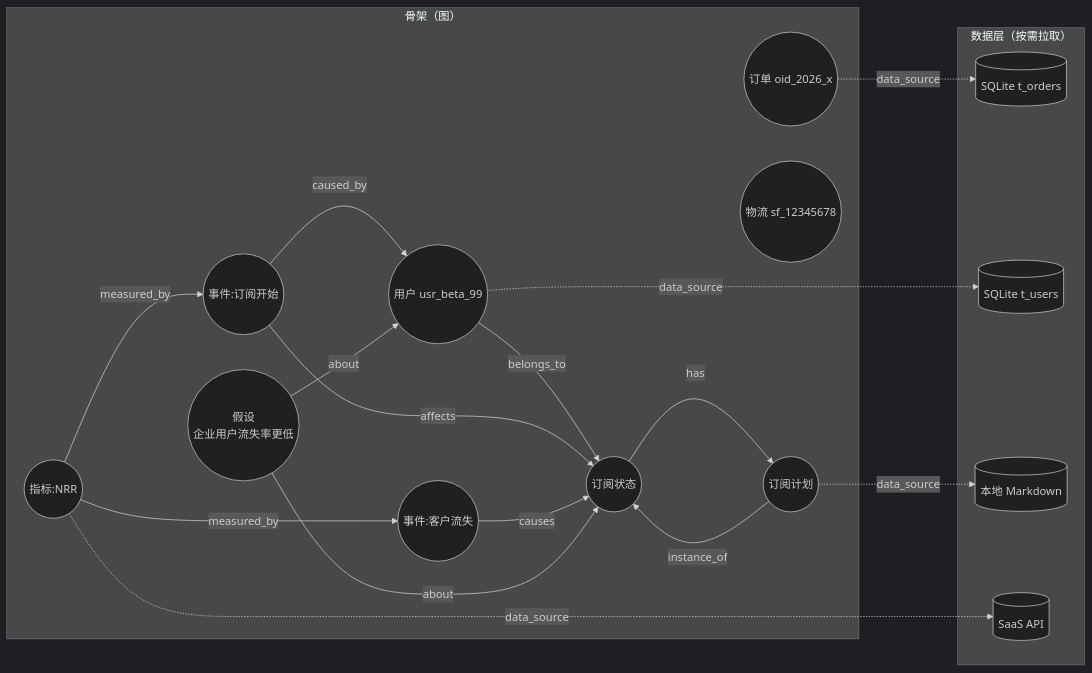
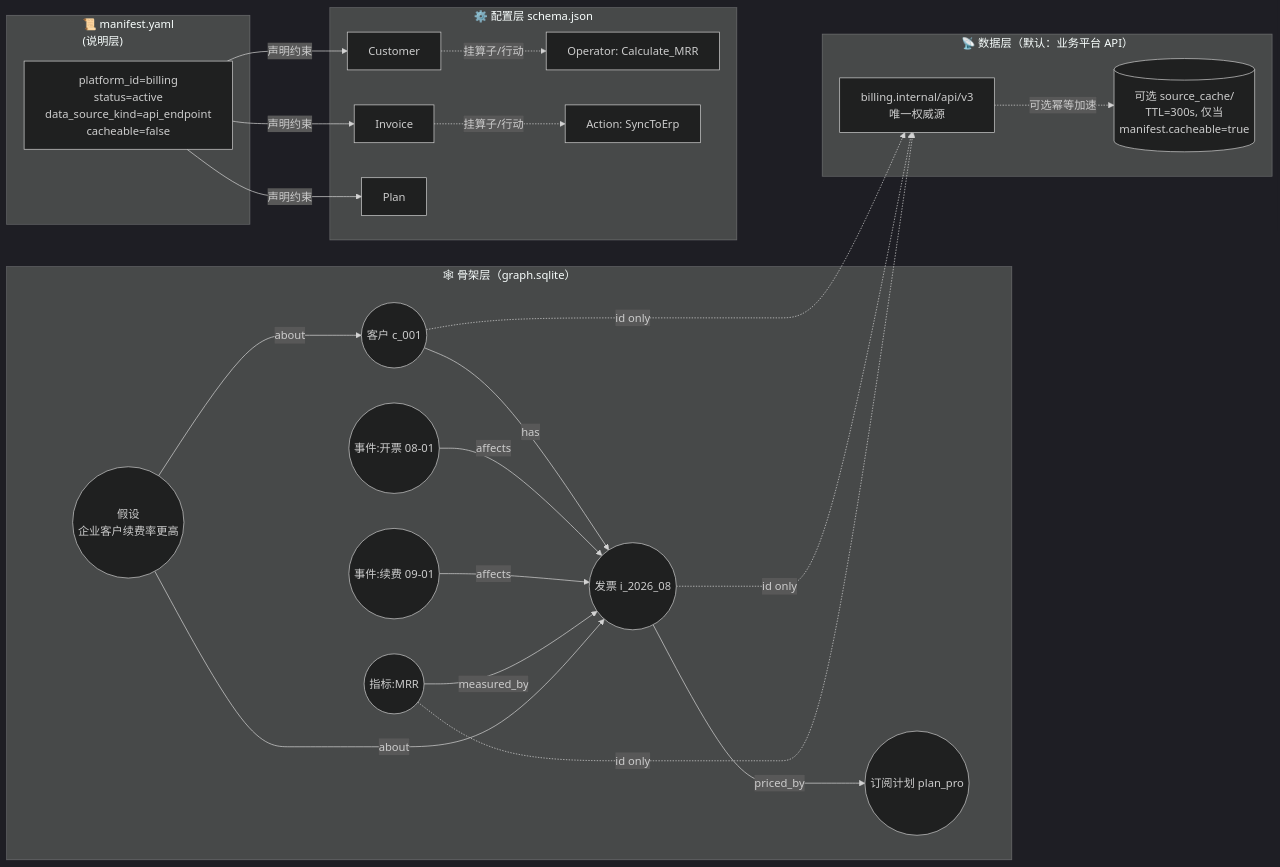
Before and after one commit to LB-Young/Bamboo: the third of 12 diagrams in docs/bkn-graph-design.md, drawn with Mermaid (dark theme). The commit also changed other lines of this file and 24 other files, not shown here.

````diff
--- a/docs/bkn-graph-design.md
+++ b/docs/bkn-graph-design.md
@@ -299,37 +427,48 @@
 ```mermaid
 flowchart LR
-    subgraph Skeleton["骨架（图）"]
-        N1((用户 usr_beta_99))
-        N2((订单 oid_2026_x))
-        N3((物流 sf_12345678))
-        N4((订阅状态))
-        N5((订阅计划))
-        N6((事件:订阅开始))
-        N7((事件:客户流失))
-        N8((指标:NRR))
-        N9((假设<br/>企业用户流失率更低))
+    subgraph Manifest["📜 manifest.yaml<br/>(说明层)"]
+        M["platform_id=billing<br/>status=active<br/>data_source_kind=api_endpoint<br/>cacheable=false"]
     end
 
-    subgraph Data["数据层（按需拉取）"]
-        D1[(SQLite t_orders)]
-        D2[(SQLite t_users)]
-        D3[(本地 Markdown)]
-        D4[(SaaS API)]
+    subgraph Skeleton["🕸 骨架层（graph.sqlite）"]
+        C((客户 c_001))
+        I((发票 i_2026_08))
+        P((订阅计划 plan_pro))
+        E1((事件:开票 08-01))
+        E2((事件:续费 09-01))
+        M1((指标:MRR))
+        H1((假设<br/>企业客户续费率更高))
     end
 
-    N1 -- belongs_to --> N4
-    N4 -- has --> N5
-    N5 -- instance_of --> N4
-    N6 -- caused_by --> N1
-    N6 -- affects --> N4
-    N7 -- causes --> N4
-    N8 -- measured_by --> N6
-    N8 -- measured_by --> N7
-    N9 -- about --> N1
-    N9 -- about --> N4
+    subgraph Schema["⚙️ 配置层 schema.json"]
+        OC1[Customer]
+        OC2[Invoice]
+        OC3[Plan]
+        OC4[Operator: Calculate_MRR]
+        OC5[Action: SyncToErp]
+    end
 
-    N1 -. data_source .-> D2
-    N2 -. data_source .-> D1
-    N5 -. data_source .-> D3
-    N8 -. data_source .-> D4
+    subgraph Data["📡 数据层（默认：业务平台 API）"]
+        API[billing.internal/api/v3<br/>唯一权威源]
+        Cache[(可选 source_cache/<br/>TTL=300s, 仅当<br/>manifest.cacheable=true)]
+    end
+
+    M -->|声明约束| OC1
+    M -->|声明约束| OC2
+    M -->|声明约束| OC3
+    OC1 -.挂算子/行动.-> OC4
+    OC2 -.挂算子/行动.-> OC5
+
+    C -- has --> I
+    I -- priced_by --> P
+    E1 -- affects --> I
+    E2 -- affects --> I
+    M1 -- measured_by --> I
+    H1 -- about --> C
+    H1 -- about --> I
+
+    C -. id only .-> API
+    I -. id only .-> API
+    M1 -. id only .-> API
+    API -. 可选幂等加速 .-> Cache
 ```
````
